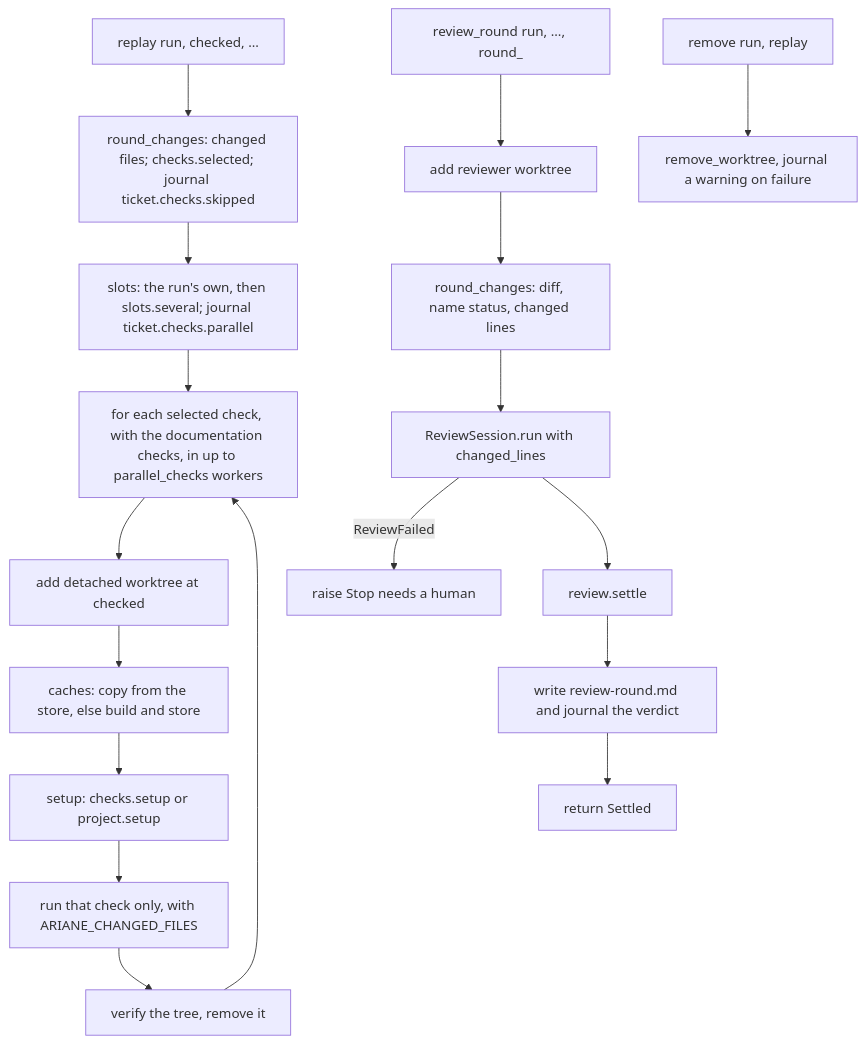
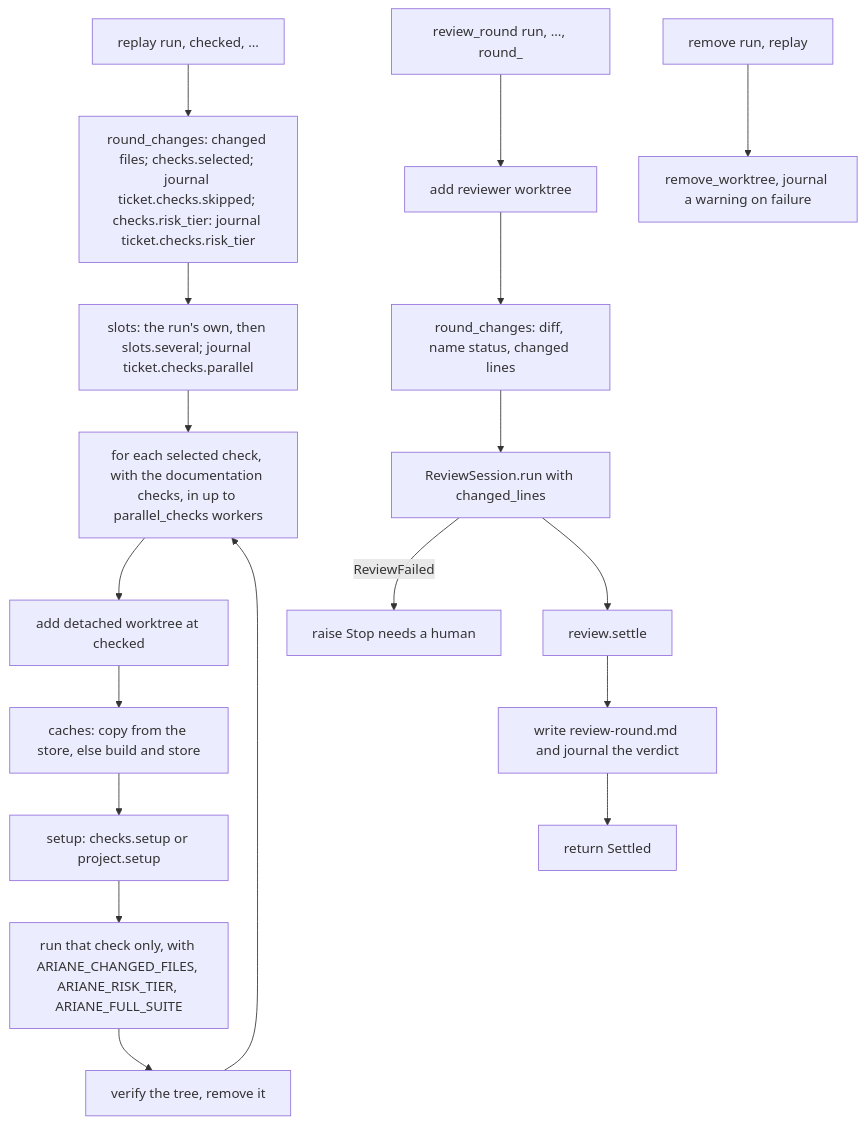
The first of 3 diagrams in docs/architecture/modules/replay.md (plaplanche/ariane), drawn with Mermaid before and after one commit. The commit also changed other lines of this file and 29 other files, not shown here.

Commit message:
#185: Risk tier per round: ARIANE_RISK_TIER and ARIANE_FULL_SUITE (C9)

````diff
--- a/docs/architecture/modules/replay.md
+++ b/docs/architecture/modules/replay.md
@@ -35,20 +36,20 @@
 ```mermaid
 flowchart TD
-  A[replay run, checked, ...] --> A1[round_changes: changed files; checks.selected; journal ticket.checks.skipped]
+  A[replay run, checked, ...] --> A1[round_changes: changed files; checks.selected; journal ticket.checks.skipped; checks.risk_tier: journal ticket.checks.risk_tier]
   A1 --> A2[slots: the run's own, then slots.several; journal ticket.checks.parallel]
   A2 --> B[for each selected check, with the documentation checks, in up to parallel_checks workers]
   B --> C[add detached worktree at checked]
   C --> C2[caches: copy from the store, else build and store]
   C2 --> D[setup: checks.setup or project.setup]
-  D --> E[run that check only, with ARIANE_CHANGED_FILES]
+  D --> E[run that check only, with ARIANE_CHANGED_FILES, ARIANE_RISK_TIER, ARIANE_FULL_SUITE]
   E --> F[verify the tree, remove it]
   F --> B
   G[review_round run, ..., round_] --> H[add reviewer worktree]
   H --> H2[round_changes: diff, name status, changed lines]
   H2 --> I[ReviewSession.run with changed_lines]
   I -- ReviewFailed --> X[raise Stop needs a human]
   I --> J[review.settle]
   J --> K[write review-round.md and journal the verdict]
   K --> L[return Settled]
   M[remove run, replay] --> N[remove_worktree, journal a warning on failure]
 ```
````
